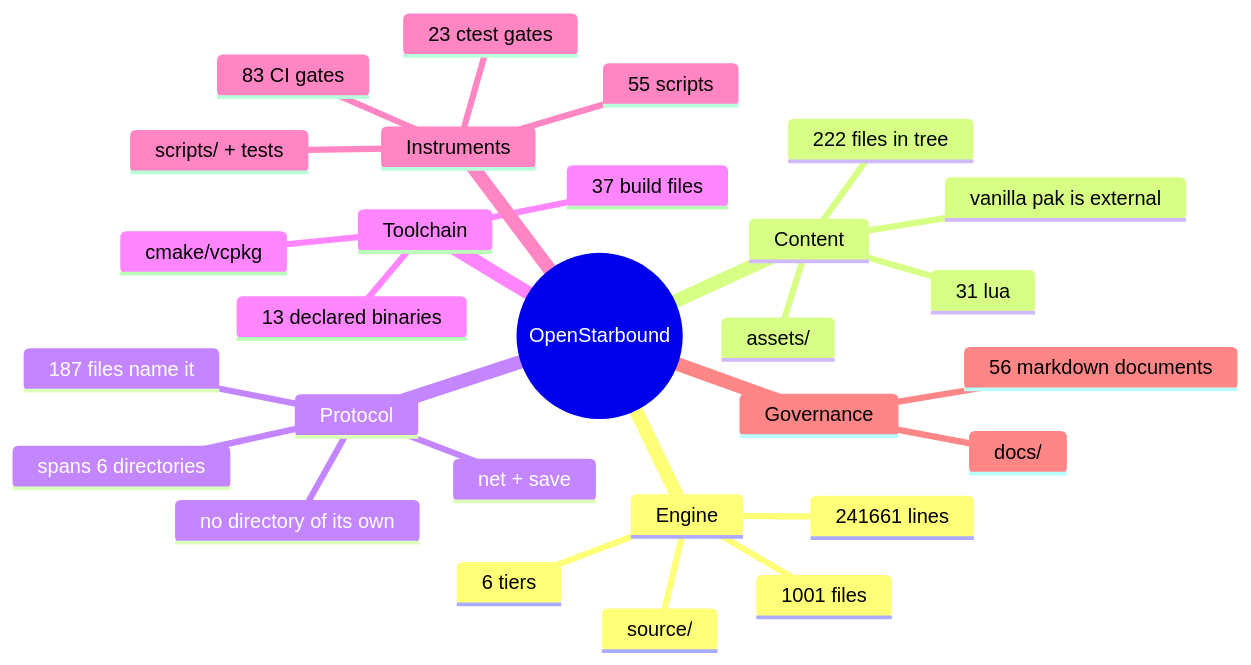
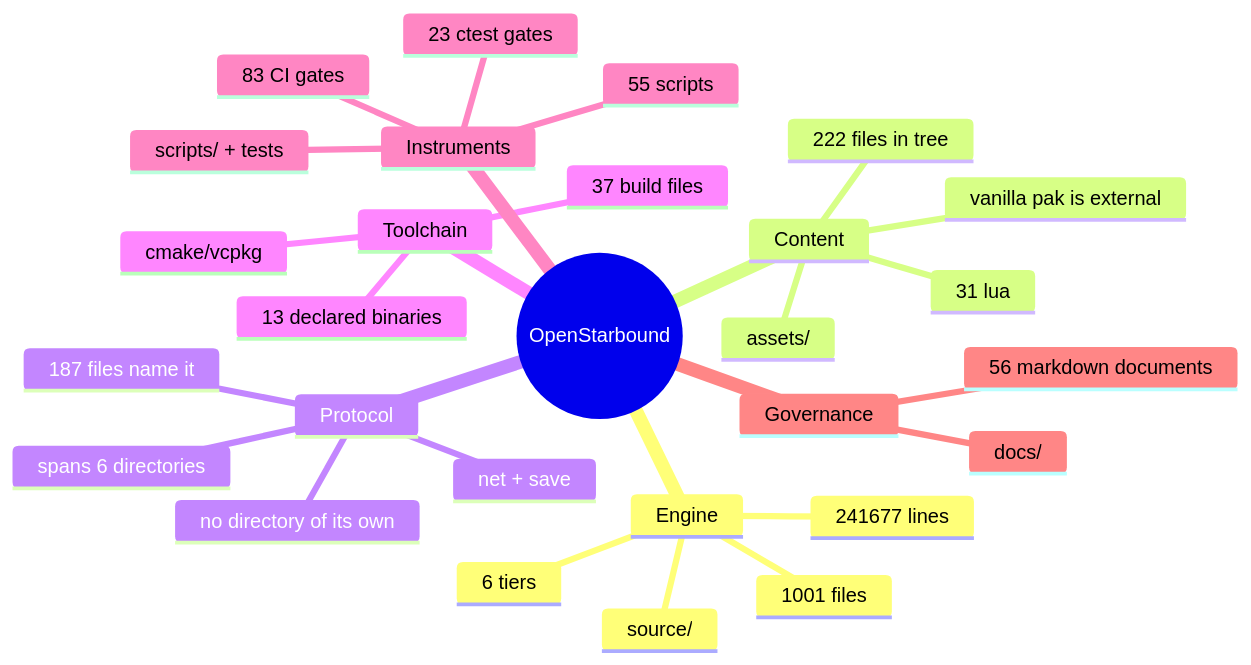
Before and after one commit to apnex/OpenStarbound: the second of 11 diagrams in docs/architecture/system-boundaries.md, drawn with Mermaid. The commit also changed other lines of this file and 2 other files, not shown here.

````diff
--- a/docs/architecture/system-boundaries.md
+++ b/docs/architecture/system-boundaries.md
@@ -166,31 +166,31 @@
 ```mermaid
 mindmap
   root((OpenStarbound))
     Engine
       source/
       1001 files
-      241661 lines
+      241677 lines
       6 tiers
     Content
       assets/
       222 files in tree
       31 lua
       vanilla pak is external
     Protocol
       net + save
       187 files name it
       spans 6 directories
       no directory of its own
     Toolchain
       cmake/vcpkg
       37 build files
       13 declared binaries
     Instruments
       scripts/ + tests
       55 scripts
       23 ctest gates
       83 CI gates
     Governance
       docs/
       56 markdown documents
 ```
````
